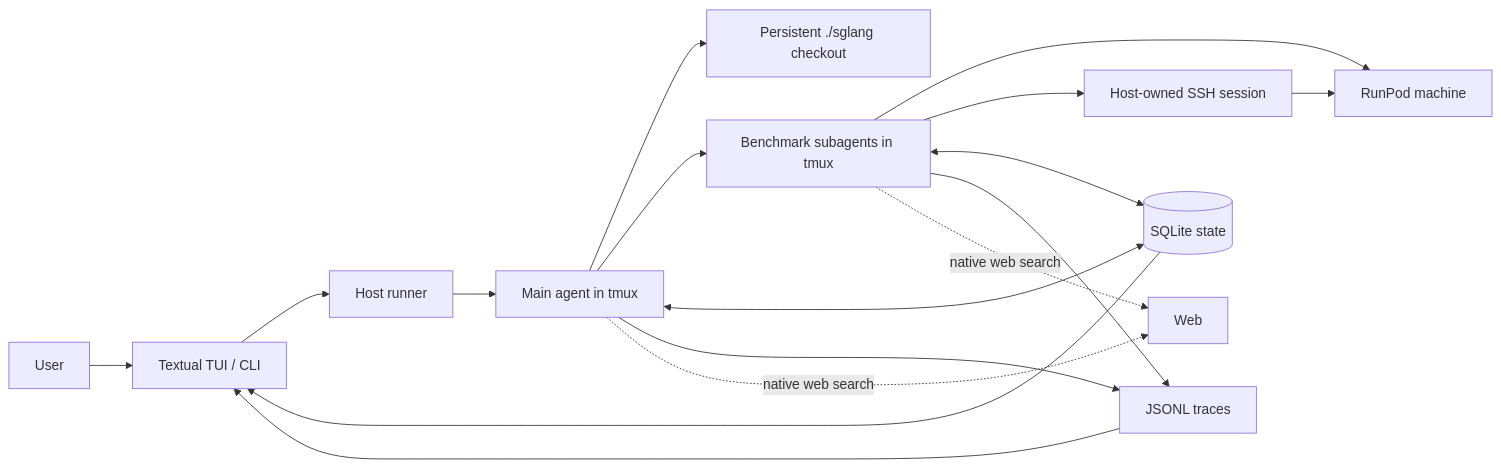
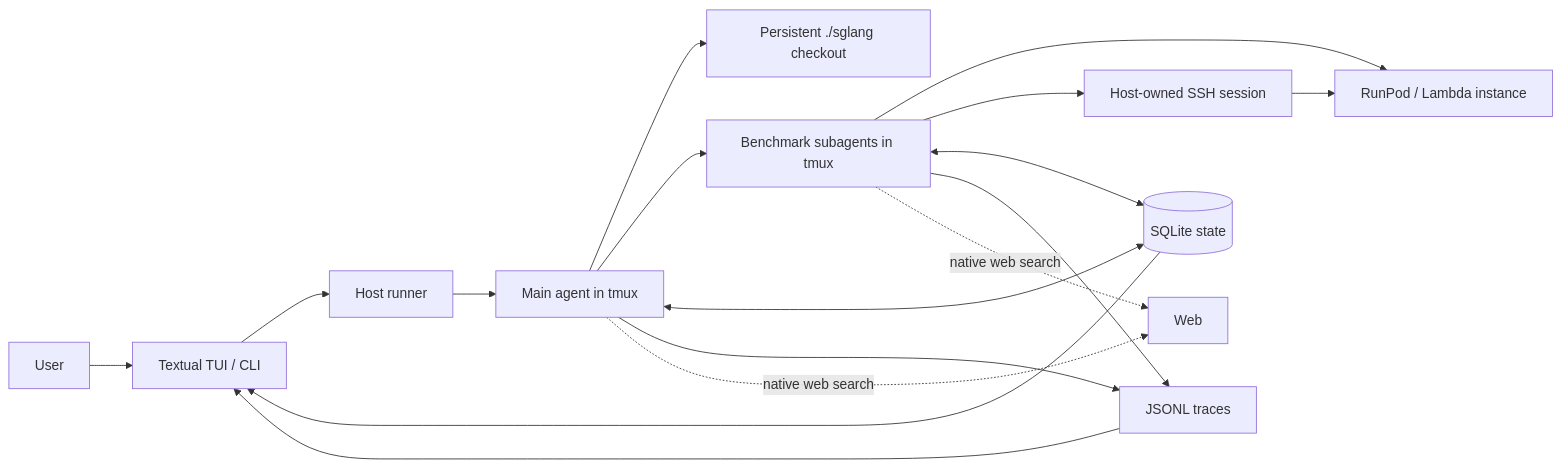
Before and after one commit to coder-2011/perferox: the first of 5 diagrams in structures.md, drawn with Mermaid. The commit also changed other lines of this file and 1 other file, not shown here.

Commit message:
document Lambda provider support

````diff
--- a/structures.md
+++ b/structures.md
@@ -9,21 +9,21 @@
 ```mermaid
 flowchart LR
   user["User"] --> surface["Textual TUI / CLI"]
   surface --> runner["Host runner"]
   runner --> main["Main agent in tmux"]
   main --> source["Persistent ./sglang checkout"]
   main --> workers["Benchmark subagents in tmux"]
-  workers --> pod["RunPod machine"]
+  workers --> pod["RunPod / Lambda instance"]
   workers --> ssh["Host-owned SSH session"]
   ssh --> pod
 
   main <--> db[("SQLite state")]
   workers <--> db
   main --> traces["JSONL traces"]
   workers --> traces
   db --> surface
   traces --> surface
 
   main -. "native web search" .-> web["Web"]
   workers -. "native web search" .-> web
 ```
````
